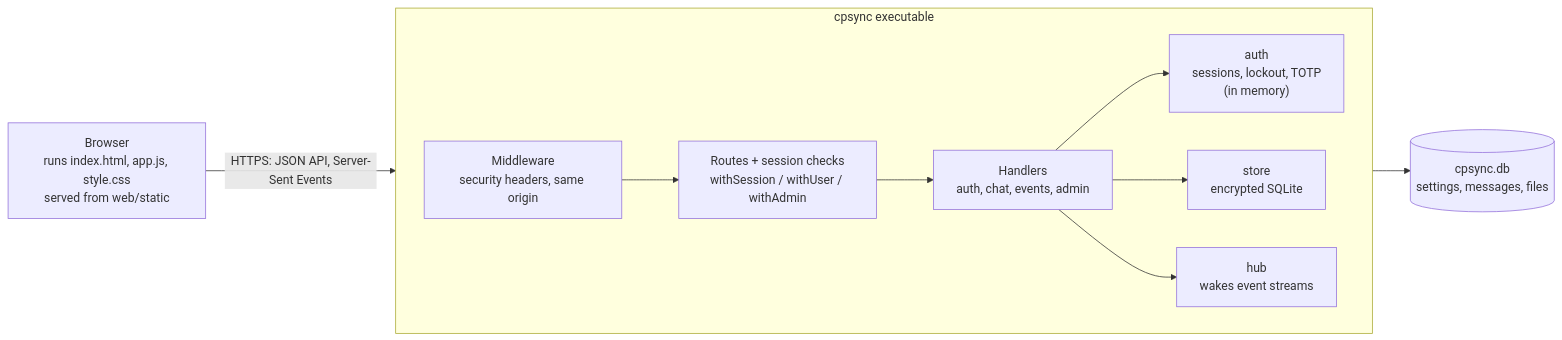
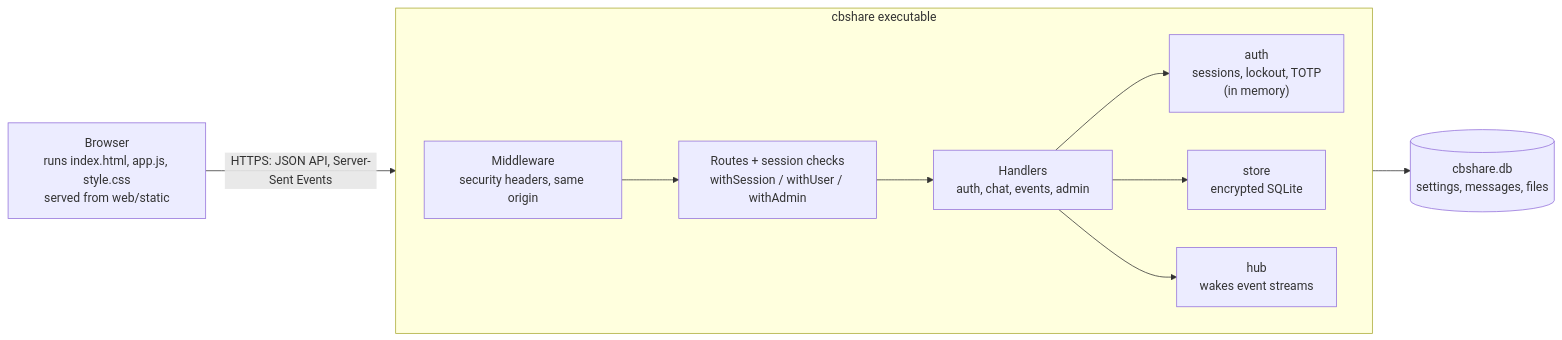
One commit to pycloux/cbshare changed the first of 2 diagrams in README.md. Above: the diagram before and after it, drawn with Mermaid. The commit also changed other lines of this file and 66 other files, not shown here.

First line of the commit message:
Rename cpsync to cbshare everywhere

````diff
--- a/README.md
+++ b/README.md
@@ -122,14 +122,14 @@
 ```mermaid
 flowchart LR
     B["Browser<br/>runs index.html, app.js, style.css<br/>served from web/static"]
-    subgraph cpsync["cpsync executable"]
+    subgraph cbshare["cbshare executable"]
         direction LR
         M["Middleware<br/>security headers, same origin"] --> R["Routes + session checks<br/>withSession / withUser / withAdmin"]
         R --> H["Handlers<br/>auth, chat, events, admin"]
         H --> A["auth<br/>sessions, lockout, TOTP<br/>(in memory)"]
         H --> S["store<br/>encrypted SQLite"]
         H --> E["hub<br/>wakes event streams"]
     end
     B -- "HTTPS: JSON API, Server-Sent Events" --> M
-    S --> F[("cpsync.db<br/>settings, messages, files")]
+    S --> F[("cbshare.db<br/>settings, messages, files")]
 ```
````
